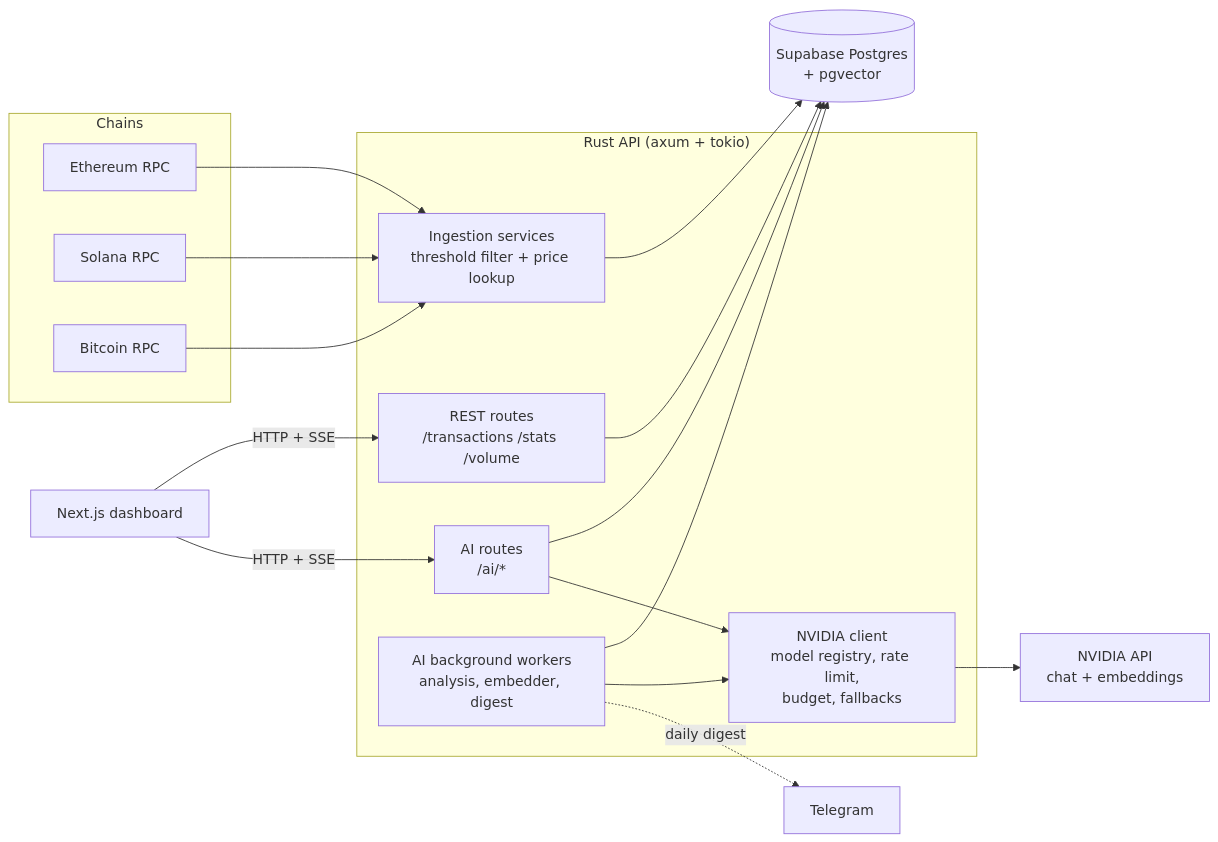
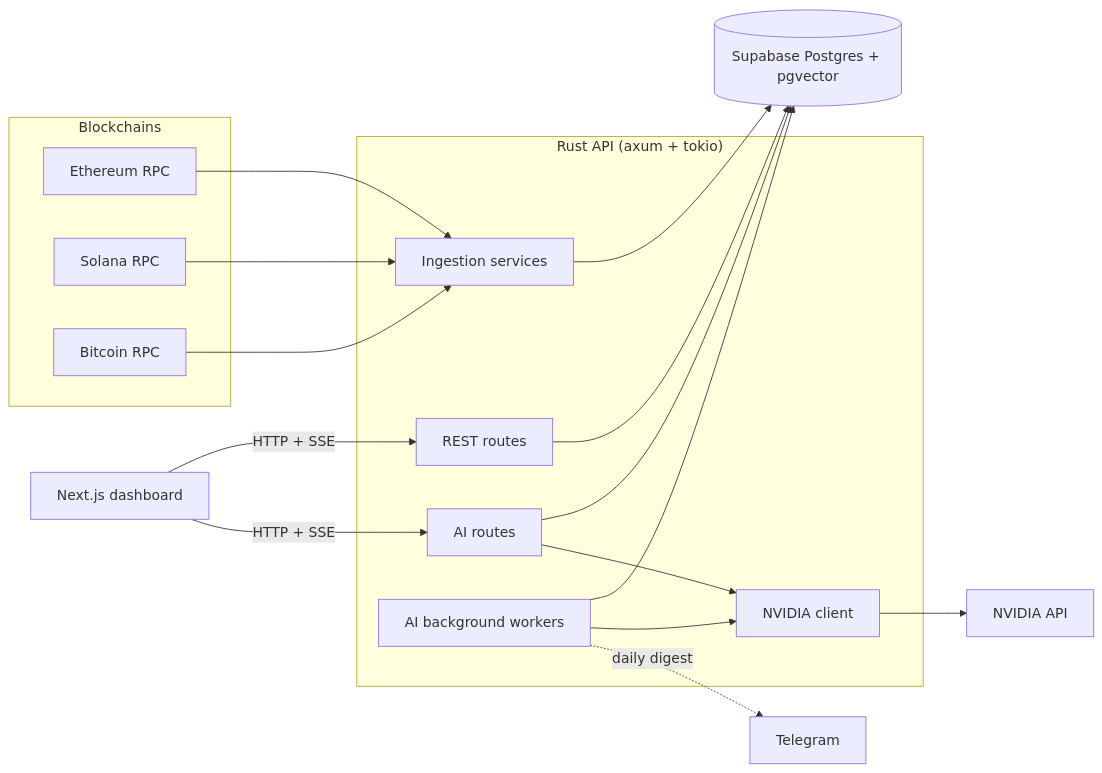
Before and after one commit to arpan-1010/tidal-iq: the first of 3 diagrams in Readme.md, drawn with Mermaid. The commit also changed other lines of this file, not shown here.

````diff
--- a/Readme.md
+++ b/Readme.md
@@ -61,36 +61,36 @@
 ```mermaid
 flowchart LR
-    subgraph Chains
-        ETH[Ethereum RPC]
-        SOL[Solana RPC]
-        BTC[Bitcoin RPC]
+    subgraph Chains["Blockchains"]
+        ETH["Ethereum RPC"]
+        SOL["Solana RPC"]
+        BTC["Bitcoin RPC"]
     end
 
     subgraph API["Rust API (axum + tokio)"]
-        ING[Ingestion services<br/>threshold filter + price lookup]
-        REST[REST routes<br/>/transactions /stats /volume]
-        AIR[AI routes<br/>/ai/*]
-        WRK[AI background workers<br/>analysis, embedder, digest]
-        CLIENT[NVIDIA client<br/>model registry, rate limit,<br/>budget, fallbacks]
+        ING["Ingestion services"]
+        REST["REST routes"]
+        AIR["AI routes"]
+        WRK["AI background workers"]
+        CLIENT["NVIDIA client"]
     end
 
-    DB[(Supabase Postgres<br/>+ pgvector)]
-    NV[NVIDIA API<br/>chat + embeddings]
-    WEB[Next.js dashboard]
-    TG[Telegram]
+    DB[("Supabase Postgres + pgvector")]
+    NV["NVIDIA API"]
+    WEB["Next.js dashboard"]
+    TG["Telegram"]
 
     ETH --> ING
     SOL --> ING
     BTC --> ING
     ING --> DB
 
-    WEB -->|HTTP + SSE| REST
-    WEB -->|HTTP + SSE| AIR
+    WEB -->|"HTTP + SSE"| REST
+    WEB -->|"HTTP + SSE"| AIR
     REST --> DB
     AIR --> DB
     AIR --> CLIENT
     WRK --> DB
     WRK --> CLIENT
     CLIENT --> NV
-    WRK -.->|daily digest| TG
+    WRK -.->|"daily digest"| TG
 ```
````
